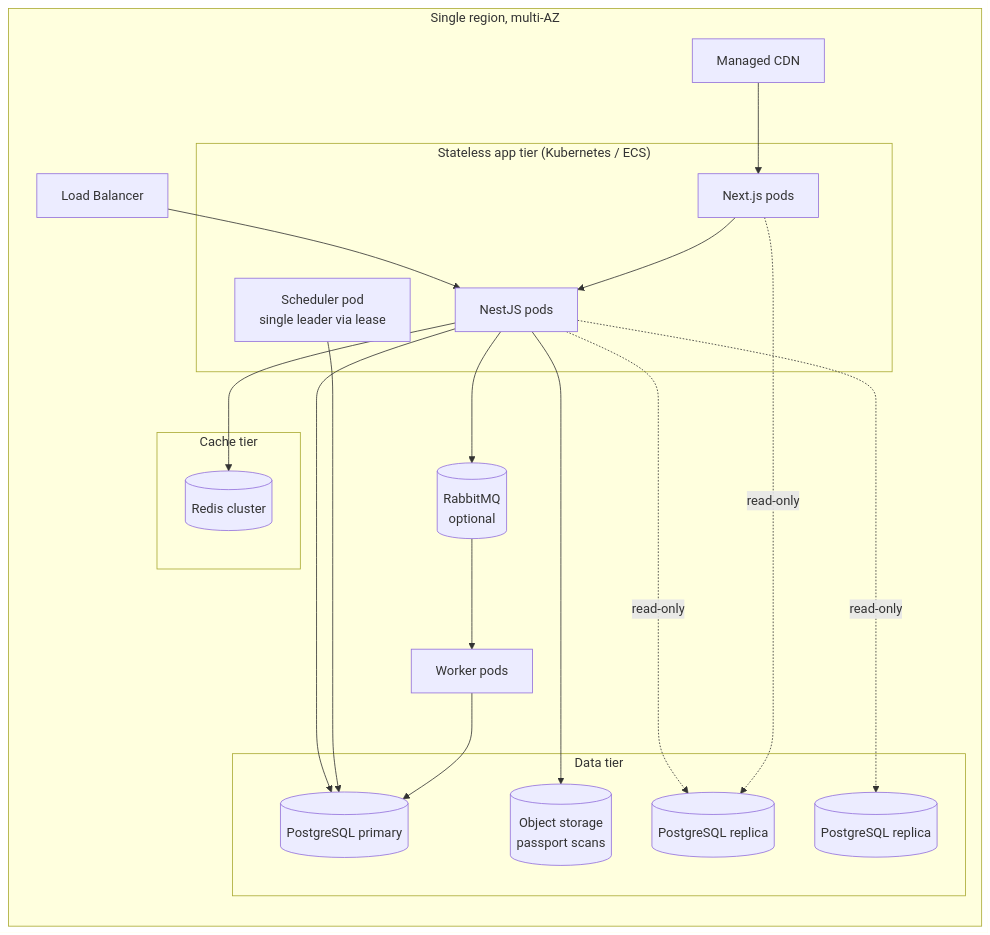
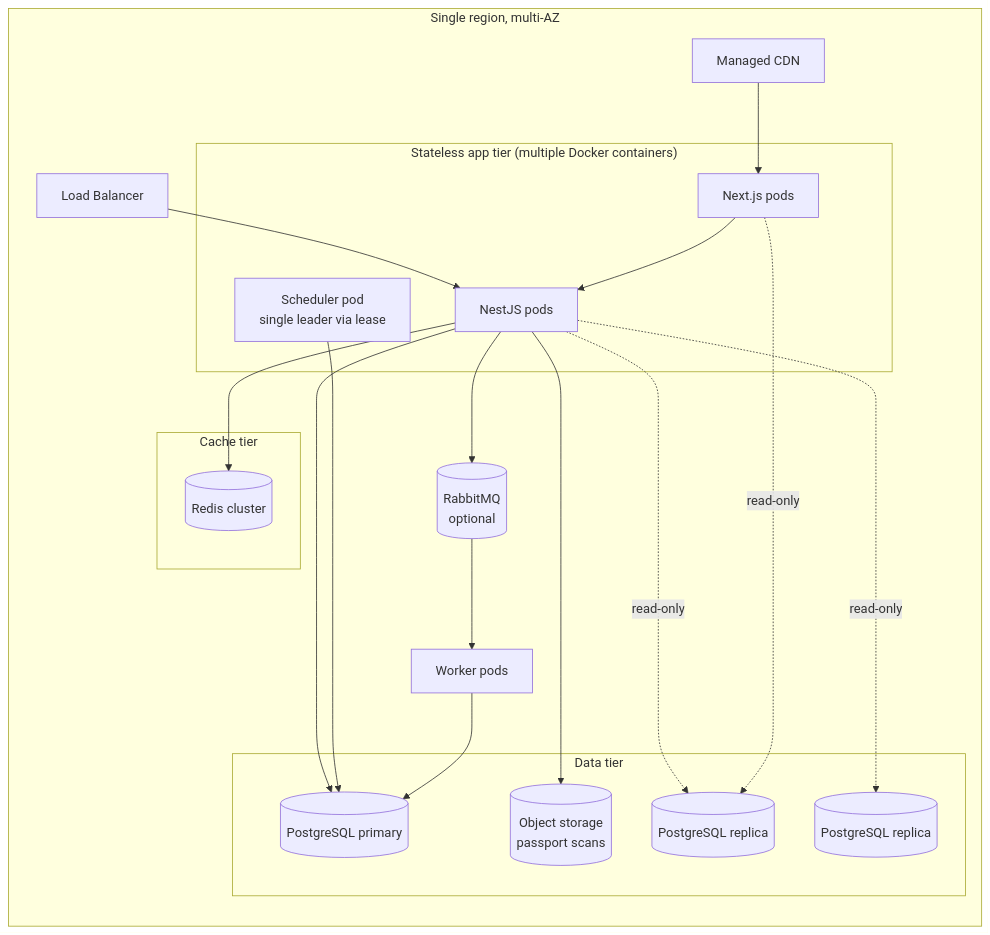
Before and after one commit to Protik111/hazz-booking-system: the second of 2 diagrams in docs/ARCHITECTURE.md, drawn with Mermaid. The commit also changed 11 other files, not shown here.

Commit message:
fix: erd with picture

````diff
--- a/docs/ARCHITECTURE.md
+++ b/docs/ARCHITECTURE.md
@@ -278,37 +278,37 @@
 ```mermaid
 flowchart LR
     subgraph Region["Single region, multi-AZ"]
         CDN[Managed CDN]
         LB[Load Balancer]
-        subgraph App["Stateless app tier (Kubernetes / ECS)"]
+        subgraph App["Stateless app tier (multiple Docker containers)"]
             NX[Next.js pods]
             API[NestJS pods]
             SCH[Scheduler pod<br/>single leader via lease]
         end
         subgraph Cache["Cache tier"]
             RDS[(Redis cluster)]
         end
         subgraph Data["Data tier"]
             PG_W[(PostgreSQL primary)]
             PG_R1[(PostgreSQL replica)]
             PG_R2[(PostgreSQL replica)]
             S3[(Object storage<br/>passport scans)]
         end
         MQ[(RabbitMQ<br/>optional)]
         WRK[Worker pods]
     end
 
     CDN --> NX
     LB --> API
     NX --> API
     API --> PG_W
     API --> RDS
     API --> S3
     API --> MQ
     MQ --> WRK
     SCH --> PG_W
     API -. read-only .-> PG_R1
     API -. read-only .-> PG_R2
     NX -. read-only .-> PG_R1
     WRK --> PG_W
 ```
````
